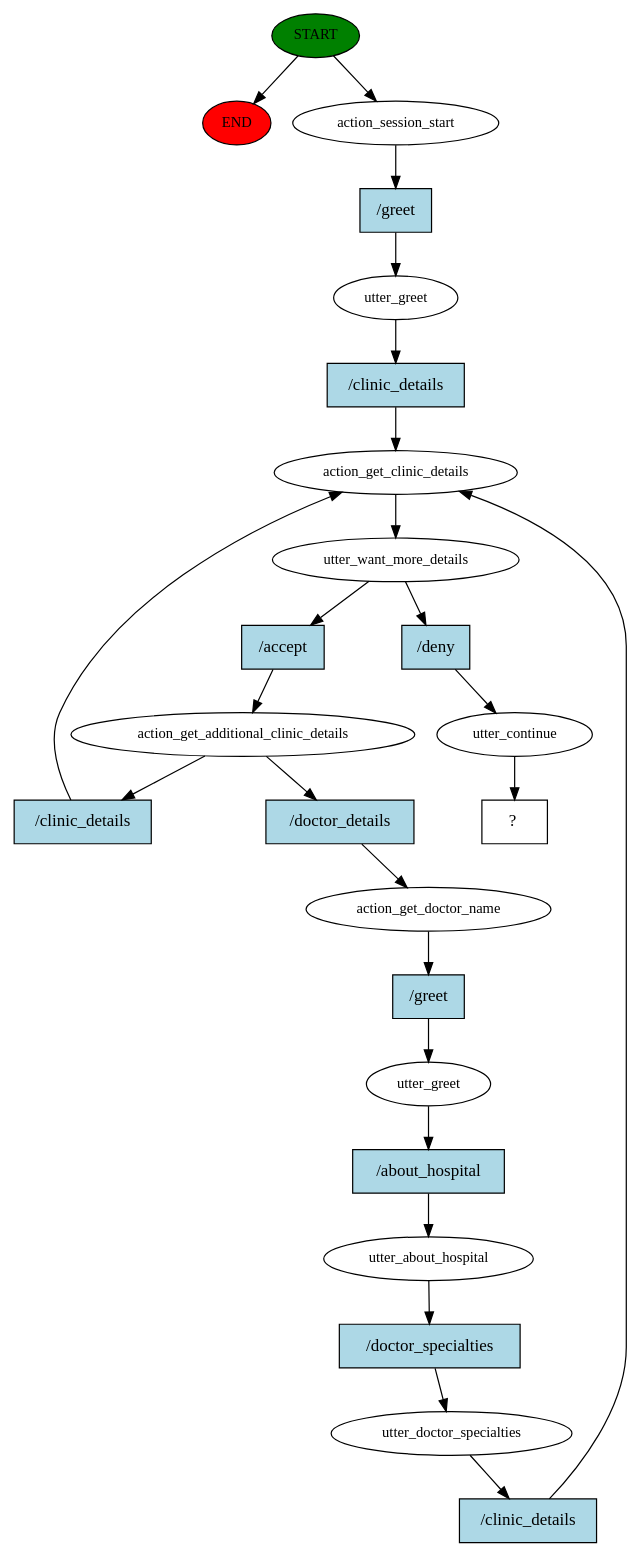
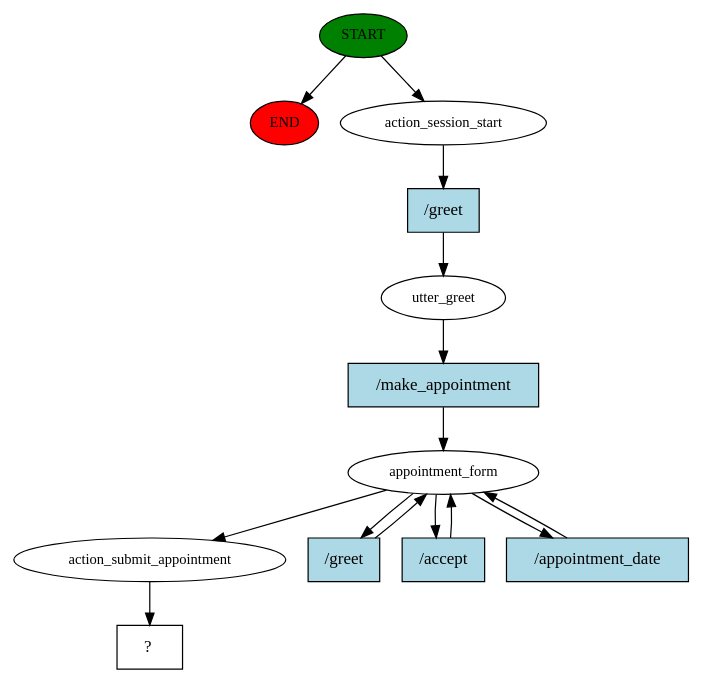
Before and after one commit to Localized-Medical-Chatbot/Medical_Chatbot: the diagram in story_graph.dot, drawn with Graphviz. The commit also changed 9 other files, not shown here.

```diff
--- a/story_graph.dot
+++ b/story_graph.dot
@@ -1,49 +1,28 @@
 digraph  {
 0 [class="start active", fillcolor=green, fontsize=12, label=START, style=filled];
 "-1" [class=end, fillcolor=red, fontsize=12, label=END, style=filled];
 1 [class=active, fontsize=12, label=action_session_start];
 2 [class=active, fontsize=12, label=utter_greet];
-3 [class=active, fontsize=12, label=action_get_clinic_details];
-4 [class=active, fontsize=12, label=utter_want_more_details];
-5 [class=active, fontsize=12, label=action_get_additional_clinic_details];
-9 [class=active, fontsize=12, label=action_get_doctor_name];
-10 [class=active, fontsize=12, label=utter_greet];
-11 [class=active, fontsize=12, label=utter_about_hospital];
-12 [class=active, fontsize=12, label=utter_doctor_specialties];
-15 [class=active, fontsize=12, label=utter_continue];
-16 [class="intent dashed active", label="  ?  ", shape=rect];
-17 [class="intent active", fillcolor=lightblue, label="/greet", shape=rect, style=filled];
-18 [class="intent active", fillcolor=lightblue, label="/clinic_details", shape=rect, style=filled];
-19 [class="intent active", fillcolor=lightblue, label="/accept", shape=rect, style=filled];
-20 [class="intent active", fillcolor=lightblue, label="/deny", shape=rect, style=filled];
-21 [class="intent active", fillcolor=lightblue, label="/clinic_details", shape=rect, style=filled];
-22 [class="intent active", fillcolor=lightblue, label="/doctor_details", shape=rect, style=filled];
-23 [class="intent active", fillcolor=lightblue, label="/greet", shape=rect, style=filled];
-24 [class="intent active", fillcolor=lightblue, label="/about_hospital", shape=rect, style=filled];
-25 [class="intent active", fillcolor=lightblue, label="/doctor_specialties", shape=rect, style=filled];
-26 [class="intent active", fillcolor=lightblue, label="/clinic_details", shape=rect, style=filled];
+3 [class=active, fontsize=12, label=appointment_form];
+7 [class=active, fontsize=12, label=action_submit_appointment];
+8 [class="intent dashed active", label="  ?  ", shape=rect];
+9 [class="intent active", fillcolor=lightblue, label="/greet", shape=rect, style=filled];
+10 [class="intent active", fillcolor=lightblue, label="/make_appointment", shape=rect, style=filled];
+11 [class="intent active", fillcolor=lightblue, label="/greet", shape=rect, style=filled];
+12 [class="intent active", fillcolor=lightblue, label="/accept", shape=rect, style=filled];
+13 [class="intent active", fillcolor=lightblue, label="/appointment_date", shape=rect, style=filled];
 0 -> "-1"  [class="", key=NONE, label=""];
 0 -> 1  [class=active, key=NONE, label=""];
-1 -> 17  [class=active, key=0];
-2 -> 18  [class=active, key=0];
-3 -> 4  [class=active, key=NONE, label=""];
-4 -> 19  [class=active, key=0];
-4 -> 20  [class=active, key=0];
-5 -> 21  [class=active, key=0];
-5 -> 22  [class=active, key=0];
-9 -> 23  [class=active, key=0];
-10 -> 24  [class=active, key=0];
-11 -> 25  [class=active, key=0];
-12 -> 26  [class=active, key=0];
-15 -> 16  [class=active, key=NONE, label=""];
-17 -> 2  [class=active, key=0];
-18 -> 3  [class=active, key=0];
-19 -> 5  [class=active, key=0];
-20 -> 15  [class=active, key=0];
-21 -> 3  [class=active, key=0];
-22 -> 9  [class=active, key=0];
-23 -> 10  [class=active, key=0];
-24 -> 11  [class=active, key=0];
-25 -> 12  [class=active, key=0];
-26 -> 3  [class=active, key=0];
+1 -> 9  [class=active, key=0];
+2 -> 10  [class=active, key=0];
+3 -> 7  [class=active, key=NONE, label=""];
+3 -> 11  [class=active, key=0];
+3 -> 12  [class=active, key=0];
+3 -> 13  [class=active, key=0];
+7 -> 8  [class=active, key=NONE, label=""];
+9 -> 2  [class=active, key=0];
+10 -> 3  [class=active, key=0];
+11 -> 3  [class=active, key=0];
+12 -> 3  [class=active, key=0];
+13 -> 3  [class=active, key=0];
 }
```
